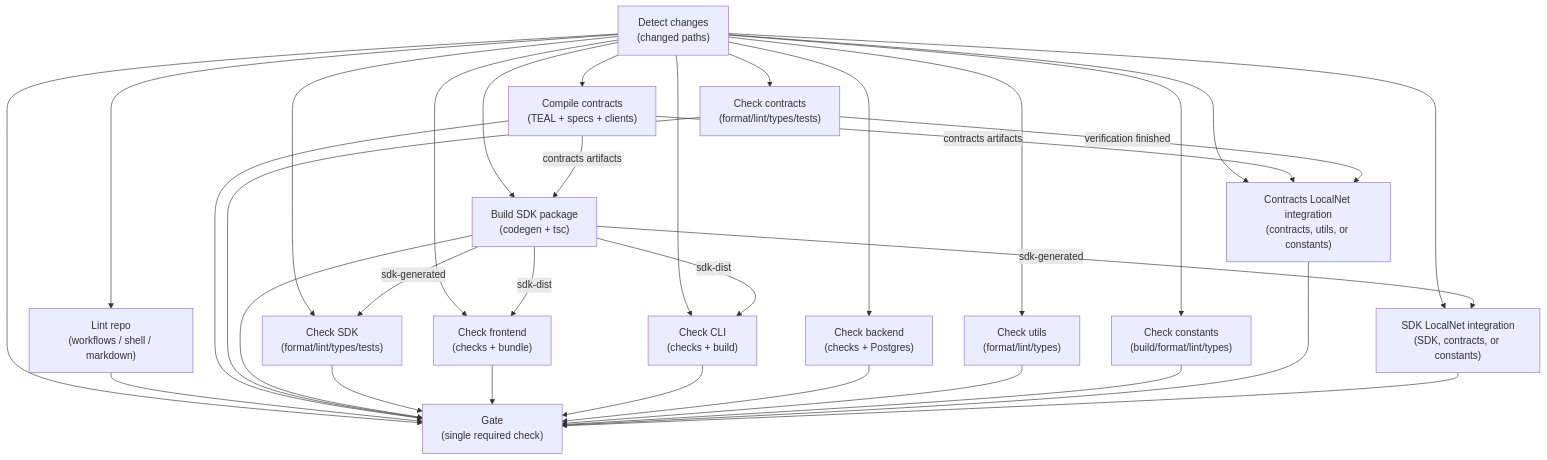
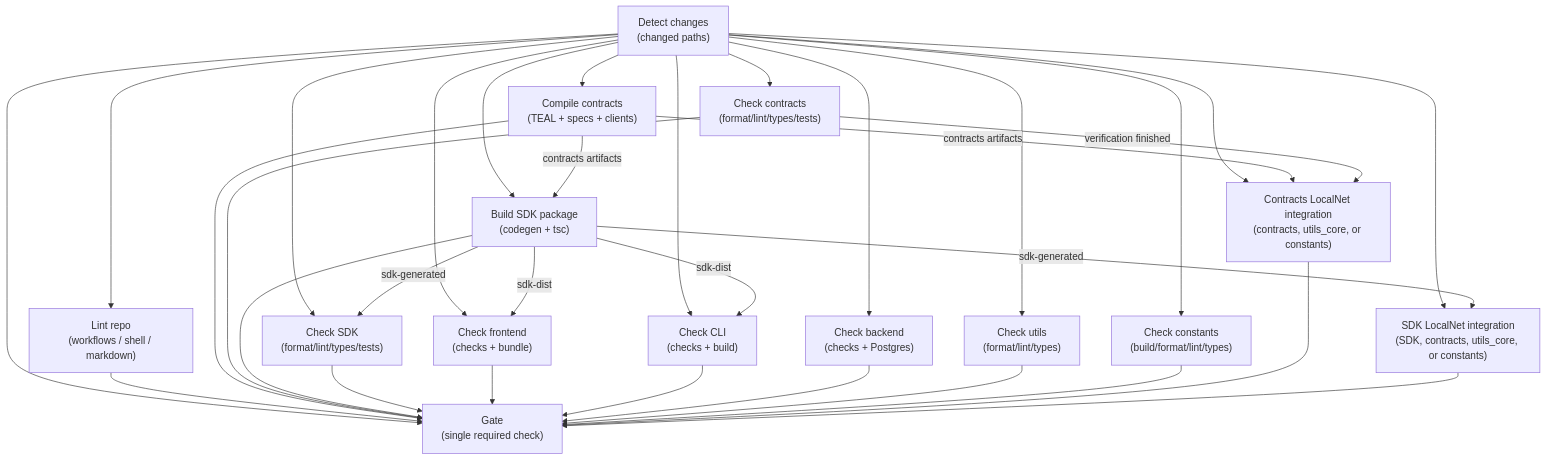
The diagram in docs/ci.md (kasakame/kasakame), drawn with Mermaid before and after one commit. The commit also changed other lines of this file and 1 other file, not shown here.

First line of the commit message:
ci: split the utils filter by consumed entrypoints (#350)

````diff
--- a/docs/ci.md
+++ b/docs/ci.md
@@ -101,50 +101,50 @@
 ```mermaid
 flowchart TD
     changes["Detect changes<br/>(changed paths)"]
     repo["Lint repo<br/>(workflows / shell / markdown)"]
     buildc["Compile contracts<br/>(TEAL + specs + clients)"]
     contracts["Check contracts<br/>(format/lint/types/tests)"]
     buildsdk["Build SDK package<br/>(codegen + tsc)"]
     sdk["Check SDK<br/>(format/lint/types/tests)"]
     frontend["Check frontend<br/>(checks + bundle)"]
     cli["Check CLI<br/>(checks + build)"]
     backend["Check backend<br/>(checks + Postgres)"]
     utils["Check utils<br/>(format/lint/types)"]
     constants["Check constants<br/>(build/format/lint/types)"]
-    integrationcontracts["Contracts LocalNet integration<br/>(contracts, utils, or constants)"]
-    integrationsdk["SDK LocalNet integration<br/>(SDK, contracts, or constants)"]
+    integrationcontracts["Contracts LocalNet integration<br/>(contracts, utils_core, or constants)"]
+    integrationsdk["SDK LocalNet integration<br/>(SDK, contracts, utils_core, or constants)"]
     gate["Gate<br/>(single required check)"]
 
     changes --> repo
     changes --> buildc
     changes --> contracts
     changes --> buildsdk
     changes --> sdk
     changes --> frontend
     changes --> cli
     changes --> backend
     changes --> utils
     changes --> constants
     changes --> integrationcontracts
     changes --> integrationsdk
     changes --> gate
     buildc -->|"contracts artifacts"| buildsdk
     buildc -->|"contracts artifacts"| integrationcontracts
     contracts -->|"verification finished"| integrationcontracts
     buildsdk -->|"sdk-generated"| sdk
     buildsdk -->|"sdk-generated"| integrationsdk
     buildsdk -->|"sdk-dist"| frontend
     buildsdk -->|"sdk-dist"| cli
     repo --> gate
     buildc --> gate
     contracts --> gate
     buildsdk --> gate
     sdk --> gate
     frontend --> gate
     cli --> gate
     backend --> gate
     utils --> gate
     constants --> gate
     integrationcontracts --> gate
     integrationsdk --> gate
 ```
````
